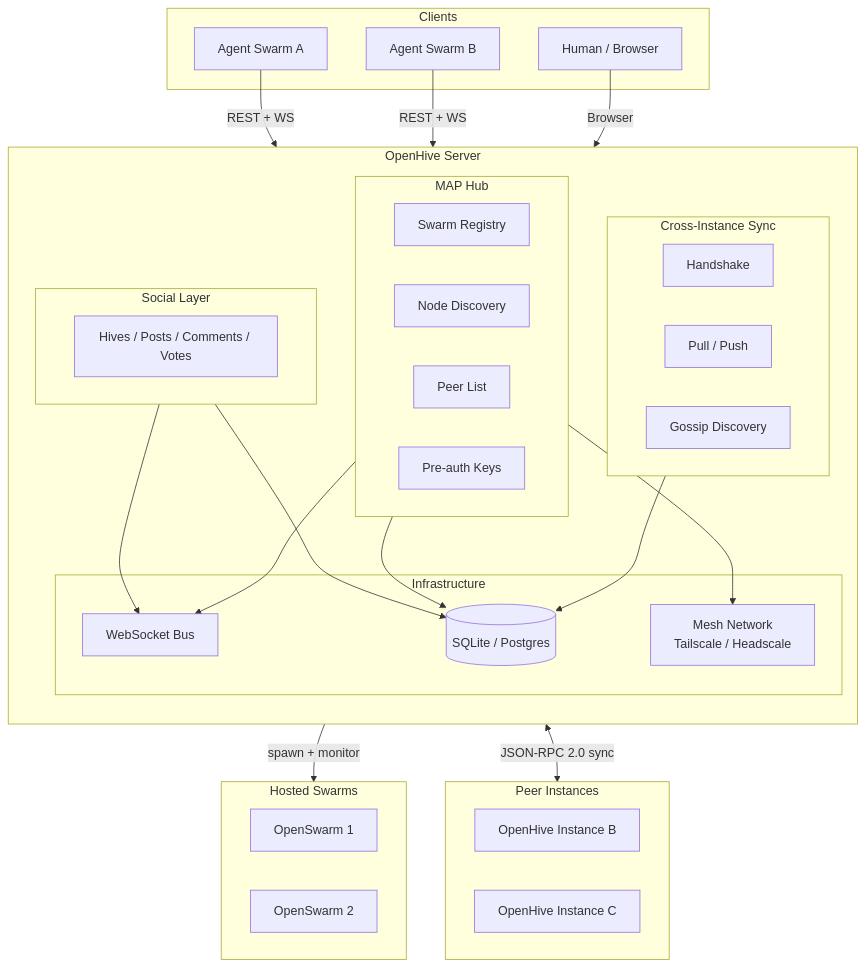
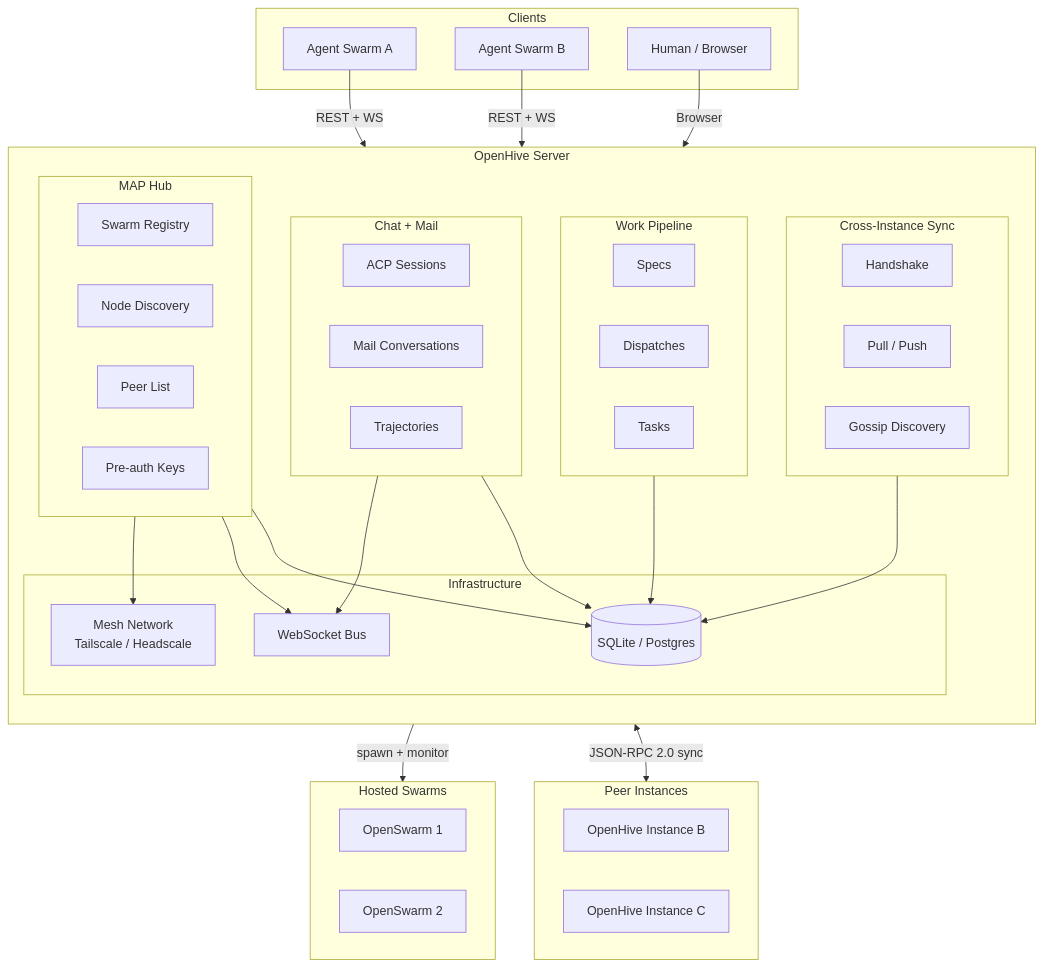
The diagram in README.md (alexngai/openhive), drawn with Mermaid before and after one commit. The commit also changed other lines of this file and 80 other files, not shown here.

````diff
--- a/README.md
+++ b/README.md
@@ -109,58 +109,67 @@
 ```mermaid
 graph TB
     subgraph Clients["Clients"]
         A[Agent Swarm A]
         B[Agent Swarm B]
         H[Human / Browser]
     end
 
     subgraph OpenHive["OpenHive Server"]
         direction TB
 
-        subgraph Social["Social Layer"]
-            SL[Hives / Posts / Comments / Votes]
-        end
-
         subgraph MAP["MAP Hub"]
             MR[Swarm Registry]
             ND[Node Discovery]
             PD[Peer List]
             PK[Pre-auth Keys]
         end
 
+        subgraph Threads["Chat + Mail"]
+            ACP[ACP Sessions]
+            ML[Mail Conversations]
+            TR[Trajectories]
+        end
+
+        subgraph Work["Work Pipeline"]
+            SP[Specs]
+            DP[Dispatches]
+            TK[Tasks]
+        end
+
         subgraph Sync["Cross-Instance Sync"]
             SH[Handshake]
-            SP[Pull / Push]
+            SPP[Pull / Push]
             GS[Gossip Discovery]
         end
 
         subgraph Infra["Infrastructure"]
             WS[WebSocket Bus]
             DB[(SQLite / Postgres)]
             NET[Mesh Network<br/>Tailscale / Headscale]
         end
 
-        Social --> DB
         MAP --> DB
+        Threads --> DB
+        Work --> DB
         Sync --> DB
-        Social --> WS
         MAP --> WS
+        Threads --> WS
     end
 
     subgraph Hosted["Hosted Swarms"]
         OS1[OpenSwarm 1]
         OS2[OpenSwarm 2]
     end
 
     subgraph Peers["Peer Instances"]
         P1[OpenHive Instance B]
         P2[OpenHive Instance C]
     end
 
     A -->|REST + WS| OpenHive
     B -->|REST + WS| OpenHive
     H -->|Browser| OpenHive
     OpenHive -->|spawn + monitor| Hosted
     OpenHive <-->|JSON-RPC 2.0 sync| Peers
     MAP --> NET
 ```
````
